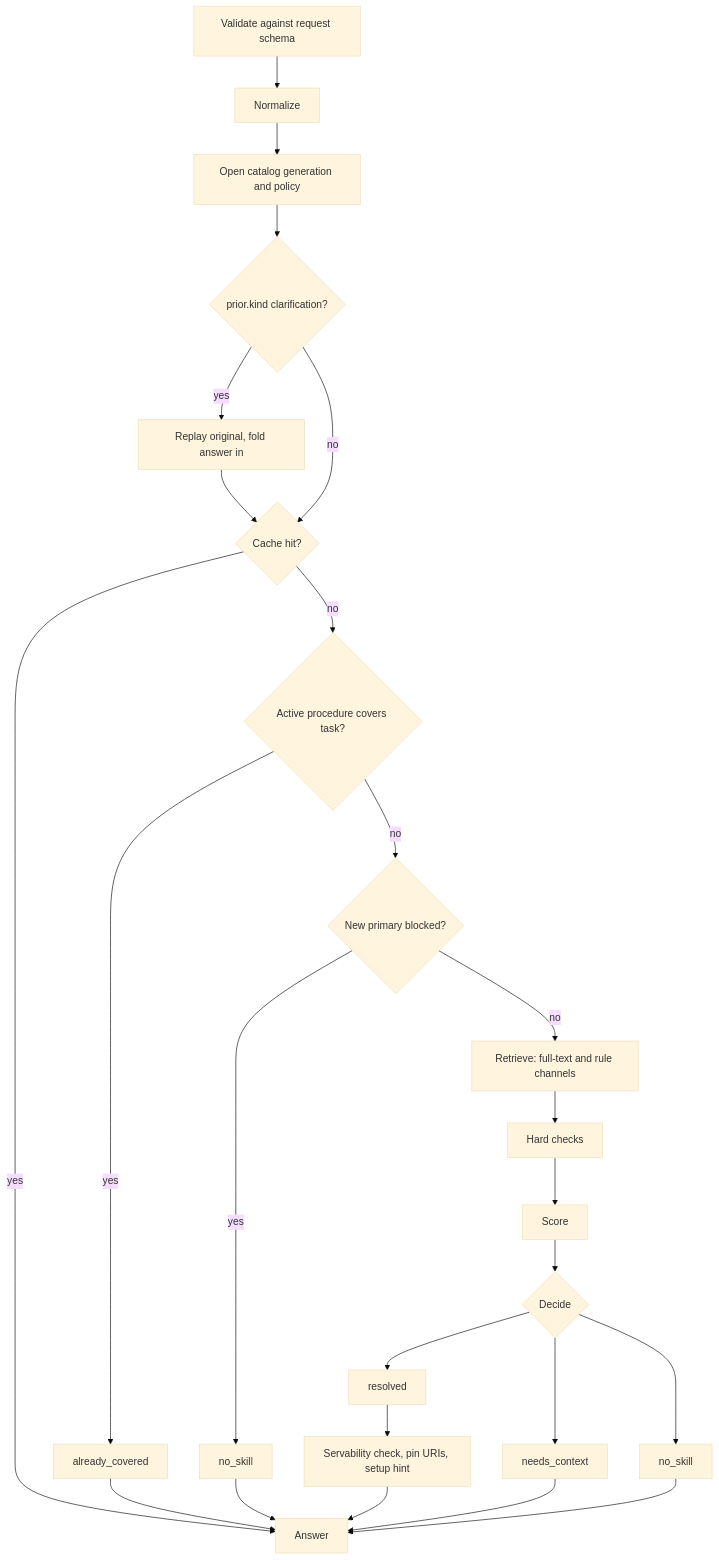
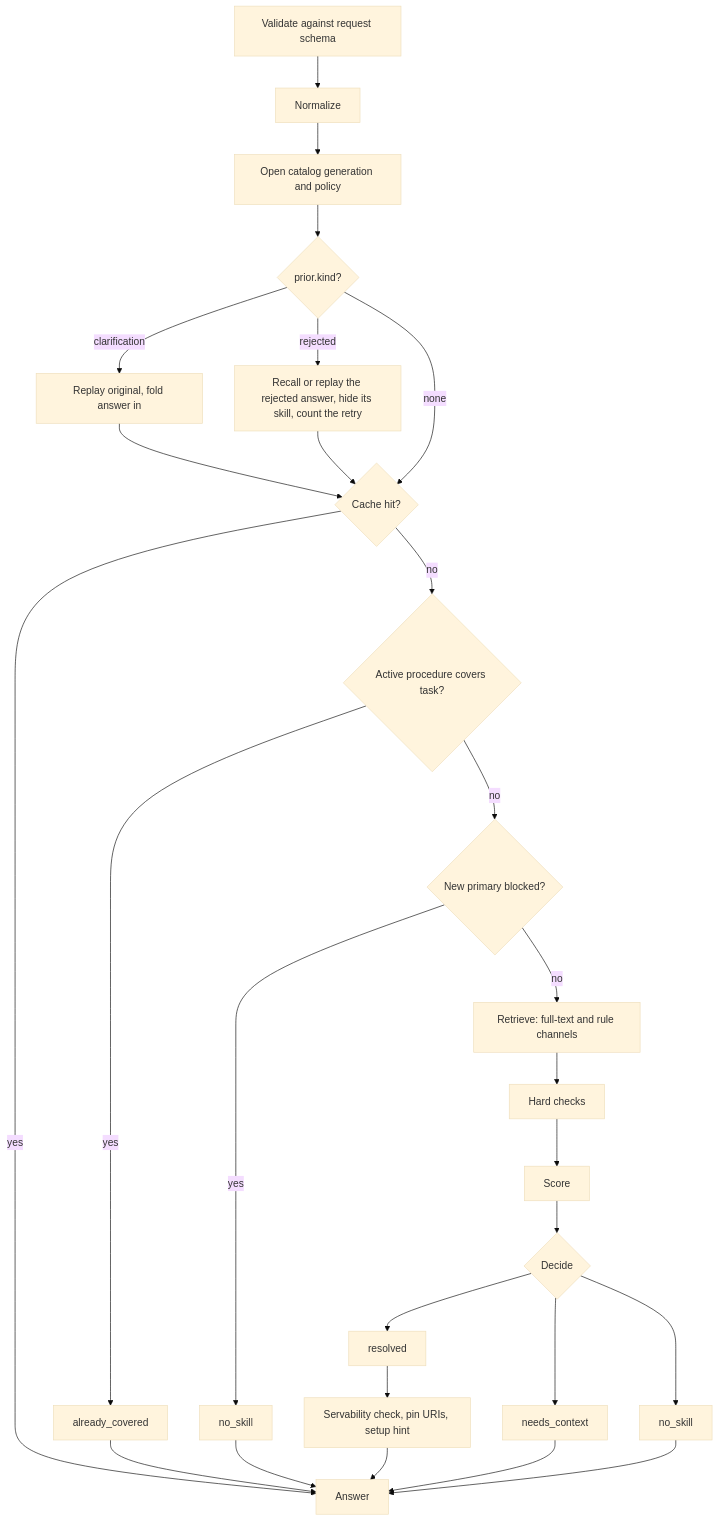
The second of 10 diagrams in docs/contracts/skill-resolve-protocol.md (vantt/skillstation), drawn with Mermaid (base theme) before and after one commit. The commit also changed other lines of this file and 28 other files, not shown here.

First line of the commit message:
fix(resolve): exclude a rejected skill, enforce the retry limits and report request errors with their codes

````diff
--- a/docs/contracts/skill-resolve-protocol.md
+++ b/docs/contracts/skill-resolve-protocol.md
@@ -145,27 +149,29 @@
 ```mermaid
 flowchart TB
     V[Validate against request schema] --> N[Normalize]
     N --> G[Open catalog generation and policy]
-    G --> PR{prior.kind clarification?}
-    PR -->|yes| RP[Replay original, fold answer in]
-    PR -->|no| K
+    G --> PR{prior.kind?}
+    PR -->|clarification| RP[Replay original, fold answer in]
+    PR -->|rejected| RJ[Recall or replay the rejected answer, hide its skill, count the retry]
+    PR -->|none| K
     RP --> K{Cache hit?}
+    RJ --> K
     K -->|yes| OUT[Answer]
     K -->|no| AC{Active procedure covers task?}
     AC -->|yes| COV[already_covered]
     AC -->|no| BP{New primary blocked?}
     BP -->|yes| NS1[no_skill]
     BP -->|no| RET[Retrieve: full-text and rule channels]
     RET --> HC[Hard checks]
     HC --> SC[Score]
     SC --> D{Decide}
     D --> RES[resolved]
     D --> NC[needs_context]
     D --> NS2[no_skill]
     RES --> SV[Servability check, pin URIs, setup hint]
     SV --> OUT
     NC --> OUT
     NS2 --> OUT
     COV --> OUT
     NS1 --> OUT
 ```
````
